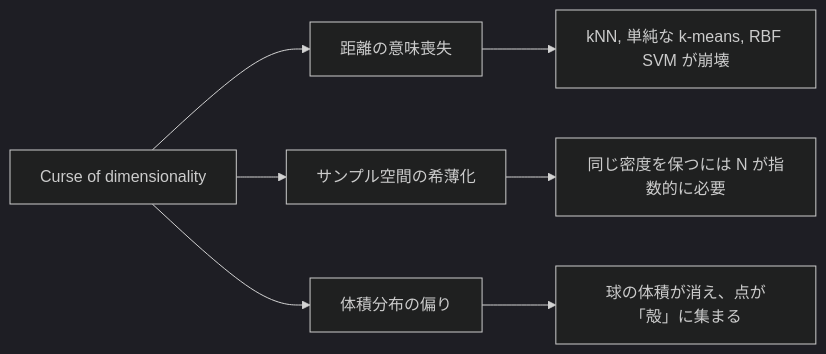
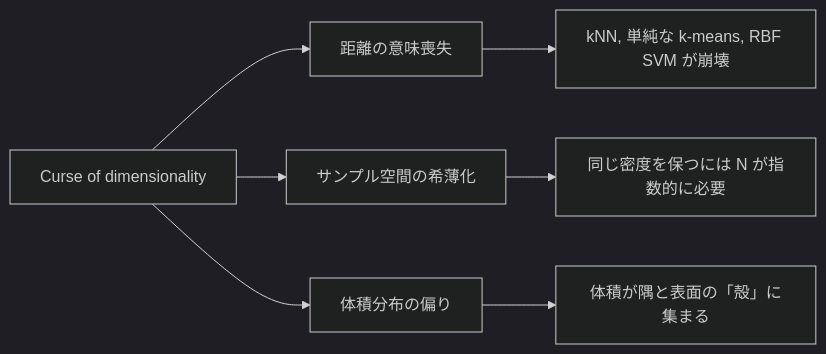
The diagram in projects/ml/notes/ml/curse-of-dimensionality/index.md (nao1215/debimate), drawn with Mermaid (dark theme) before and after one commit. The commit also changed other lines of this file and 15 other files, not shown here.

````diff
--- a/projects/ml/notes/ml/curse-of-dimensionality/index.md
+++ b/projects/ml/notes/ml/curse-of-dimensionality/index.md
@@ -20,9 +20,9 @@
 ```mermaid
 graph LR
     A[Curse of dimensionality] --> B[距離の意味喪失]
     A --> C[サンプル空間の希薄化]
     A --> D[体積分布の偏り]
     B --> B1[kNN, 単純な k-means, RBF SVM が崩壊]
     C --> C1[同じ密度を保つには N が指数的に必要]
-    D --> D1[球の体積が消え、点が「殻」に集まる]
+    D --> D1[体積が隅と表面の「殻」に集まる]
 ```
````
